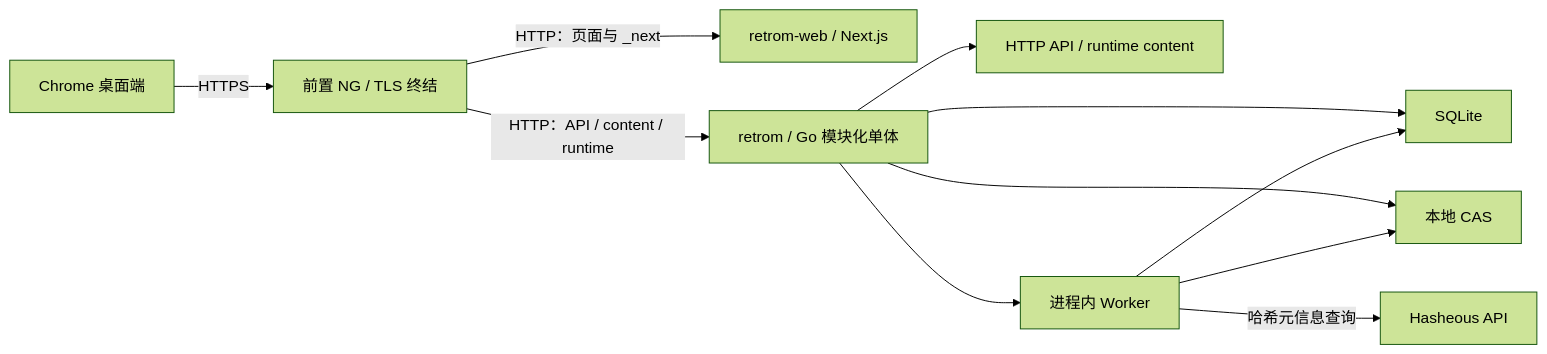
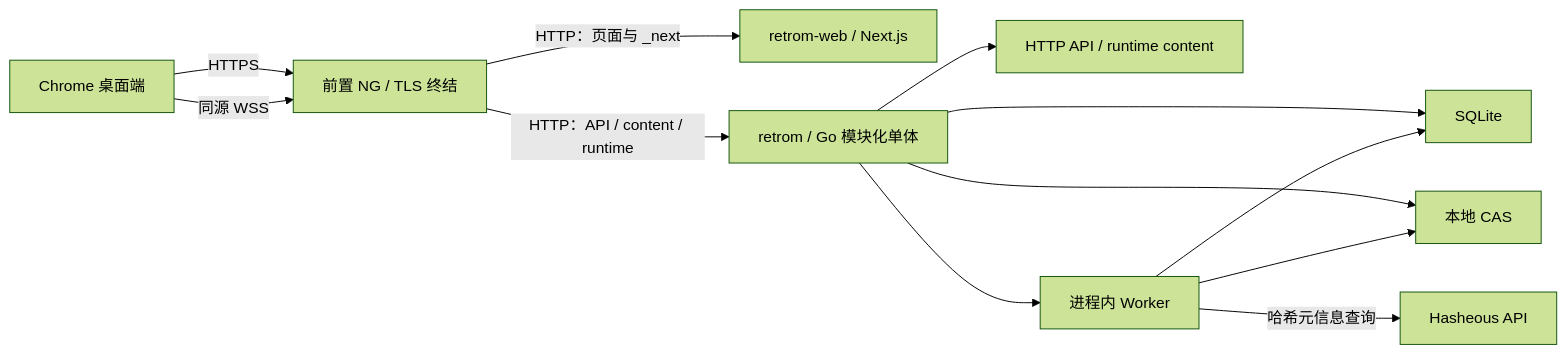
One commit to retrom-project/retrom changed the diagram in docs/backend-api-and-operations.md. Above: the diagram before and after it, drawn with Mermaid (forest theme). The commit also changed other lines of this file and 113 other files, not shown here.

```diff
--- a/docs/backend-api-and-operations.md
+++ b/docs/backend-api-and-operations.md
@@ -17,13 +17,14 @@
 ~~~mermaid
 flowchart LR
     Chrome["Chrome 桌面端"] -->|HTTPS| NG["前置 NG / TLS 终结"]
     NG -->|HTTP：页面与 _next| Web["retrom-web / Next.js"]
     NG -->|HTTP：API / content / runtime| Go["retrom / Go 模块化单体"]
+    Chrome -->|同源 WSS| NG
     Go --> API["HTTP API / runtime content"]
     Go --> Worker["进程内 Worker"]
     Go --> DB["SQLite"]
     Go --> CAS["本地 CAS"]
     Worker --> DB
     Worker --> CAS
     Worker -->|哈希元信息查询| Hasheous["Hasheous API"]
 ~~~
```
